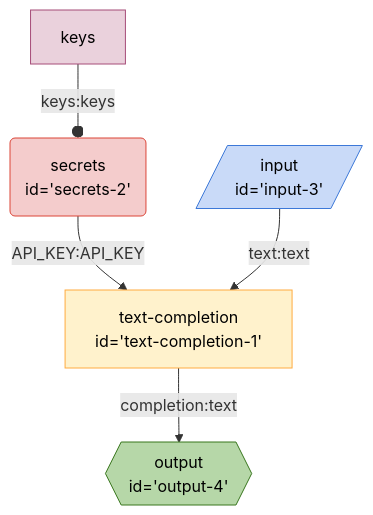
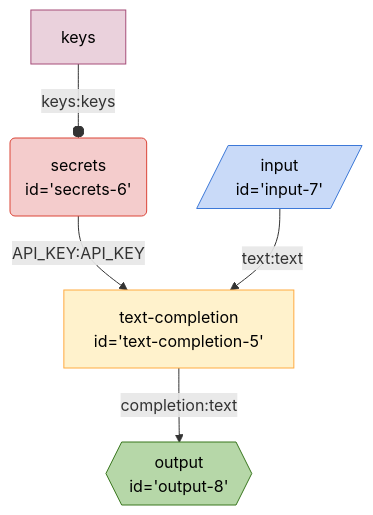
One commit to breadboard-ai/breadboard changed the diagram in seeds/graph-playground/docs/graphs/simplest.md. Above: the diagram before and after it, drawn with Mermaid. The commit also changed 4 other files, not shown here.

Commit message:
[graph-playground] Generate `simple-prompt`.

````diff
--- a/seeds/graph-playground/docs/graphs/simplest.md
+++ b/seeds/graph-playground/docs/graphs/simplest.md
@@ -6,22 +6,22 @@
   ```mermaid
   %%{init: 'themeVariables': { 'fontFamily': 'Fira Code, monospace' }}%%
 graph TD;
-secrets2("secrets
-id='secrets-2'"):::secrets -- API_KEY:API_KEY --> textcompletion1["text-completion
-id='text-completion-1'"]
-textcompletion1["text-completion
-id='text-completion-1'"] -- completion:text --> output4{{"output
-id='output-4'"}}:::output
-input3[/"input
-id='input-3'"/]:::input -- text:text --> textcompletion1["text-completion
-id='text-completion-1'"]
-keyssecrets2[keys]:::config -- keys:keys --o secrets2
+secrets6("secrets
+id='secrets-6'"):::secrets -- API_KEY:API_KEY --> textcompletion5["text-completion
+id='text-completion-5'"]
+textcompletion5["text-completion
+id='text-completion-5'"] -- completion:text --> output8{{"output
+id='output-8'"}}:::output
+input7[/"input
+id='input-7'"/]:::input -- text:text --> textcompletion5["text-completion
+id='text-completion-5'"]
+keyssecrets6[keys]:::config -- keys:keys --o secrets6
 classDef default stroke:#ffab40,fill:#fff2ccff,color:#000
 classDef input stroke:#3c78d8,fill:#c9daf8ff,color:#000
 classDef output stroke:#38761d,fill:#b6d7a8ff,color:#000
 classDef passthrough stroke:#a64d79,fill:#ead1dcff,color:#000
 classDef slot stroke:#a64d79,fill:#ead1dcff,color:#000
 classDef config stroke:#a64d79,fill:#ead1dcff,color:#000
 classDef secrets stroke:#db4437,fill:#f4cccc,color:#000
 classDef slotted stroke:#a64d79
   ```
````
